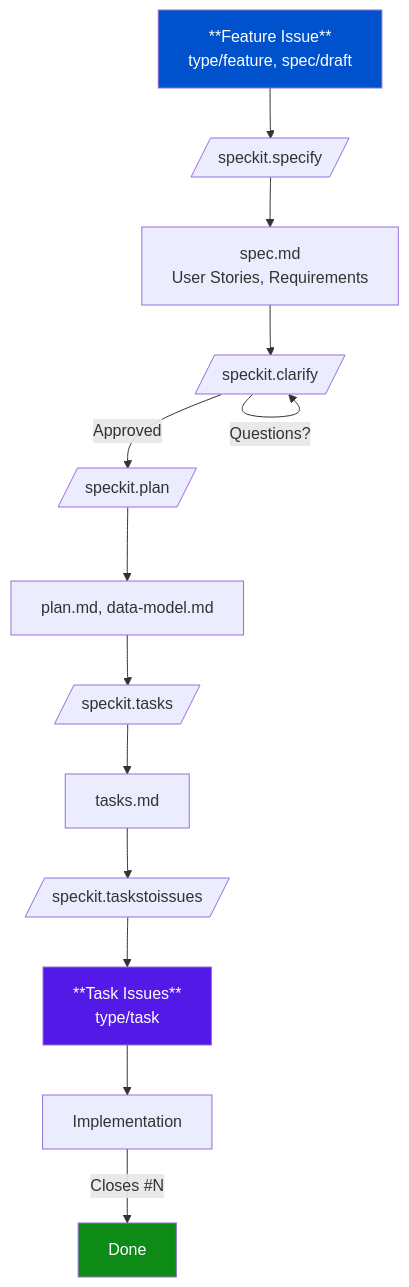
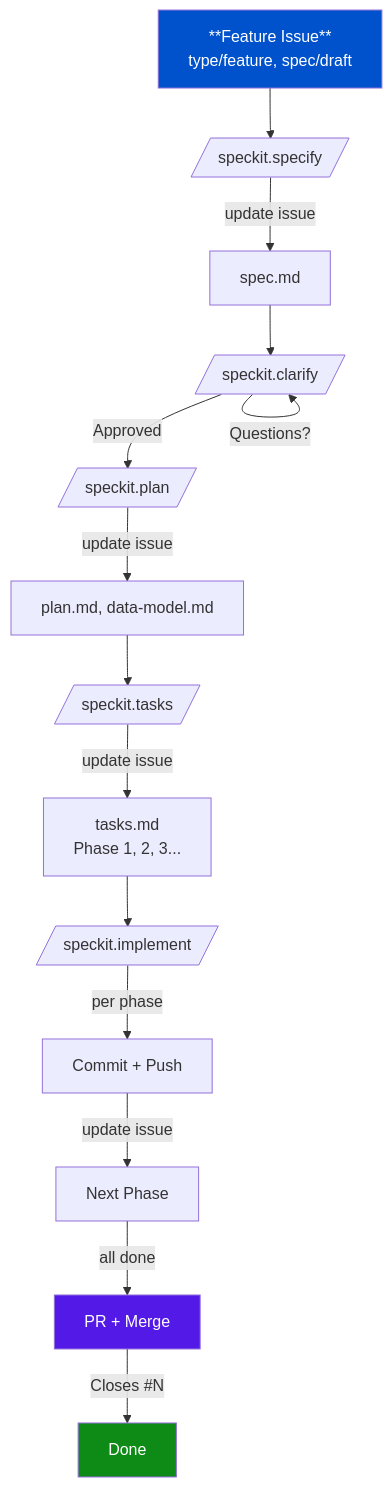
The second of 3 diagrams in README.md (jakubbican/gh-sdd-ai-workflow), drawn with Mermaid before and after one commit. The commit also changed other lines of this file, not shown here.

````diff
--- a/README.md
+++ b/README.md
@@ -185,19 +186,20 @@
 ```mermaid
 flowchart TD
     A[**Feature Issue**<br/>type/feature, spec/draft] --> B[/speckit.specify/]
-    B --> C[spec.md<br/>User Stories, Requirements]
+    B --> |update issue| C[spec.md]
     C --> D[/speckit.clarify/]
     D -->|Questions?| D
     D -->|Approved| E[/speckit.plan/]
-    E --> F[plan.md, data-model.md]
+    E --> |update issue| F[plan.md, data-model.md]
     F --> G[/speckit.tasks/]
-    G --> H[tasks.md]
-    H --> I[/speckit.taskstoissues/]
-    I --> J[**Task Issues**<br/>type/task]
-    J --> K[Implementation]
-    K -->|Closes #N| L[Done]
+    G --> |update issue| H[tasks.md<br/>Phase 1, 2, 3...]
+    H --> I[/speckit.implement/]
+    I -->|per phase| J[Commit + Push]
+    J --> |update issue| K[Next Phase]
+    K -->|all done| L[PR + Merge]
+    L -->|Closes #N| M[Done]
 
     style A fill:#0052CC,color:#fff
-    style J fill:#5319E7,color:#fff
-    style L fill:#0E8A16,color:#fff
+    style L fill:#5319E7,color:#fff
+    style M fill:#0E8A16,color:#fff
 ```
````
